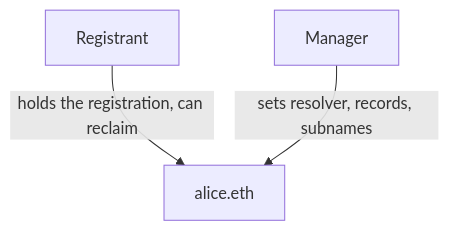
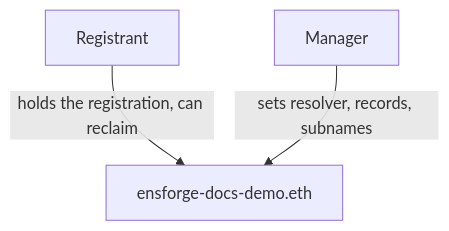
The first of 2 diagrams in apps/docs/content/docs/sdk/(how-ens-works)/who-can-change-a-name.mdx (thenamespace/ensforge), drawn with Mermaid before and after one commit. The commit also changed other lines of this file and 60 other files, not shown here.

Commit message:
docs(sdk): tighten descriptions, fix examples, diagrams and names for 1.0.1

````diff
--- a/apps/docs/content/docs/sdk/(how-ens-works)/who-can-change-a-name.mdx
+++ b/apps/docs/content/docs/sdk/(how-ens-works)/who-can-change-a-name.mdx
@@ -55,5 +43,5 @@
 ```mermaid
 flowchart TD
-  R[Registrant] -->|holds the registration, can reclaim| N["alice.eth"]
+  R[Registrant] -->|holds the registration, can reclaim| N["ensforge-docs-demo.eth"]
   M[Manager] -->|sets resolver, records, subnames| N
 ```
````
